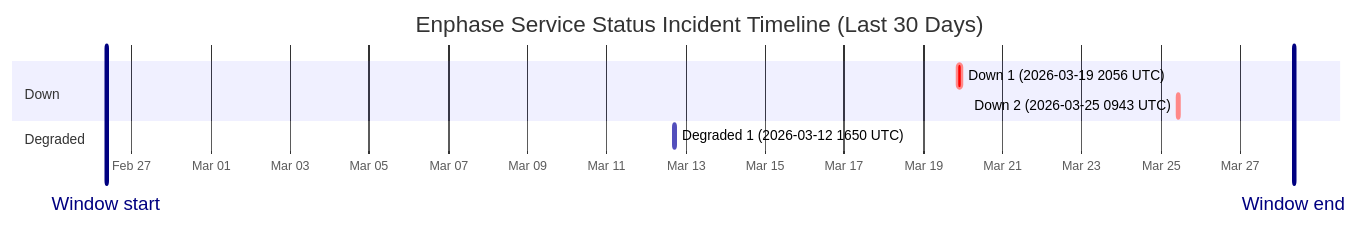
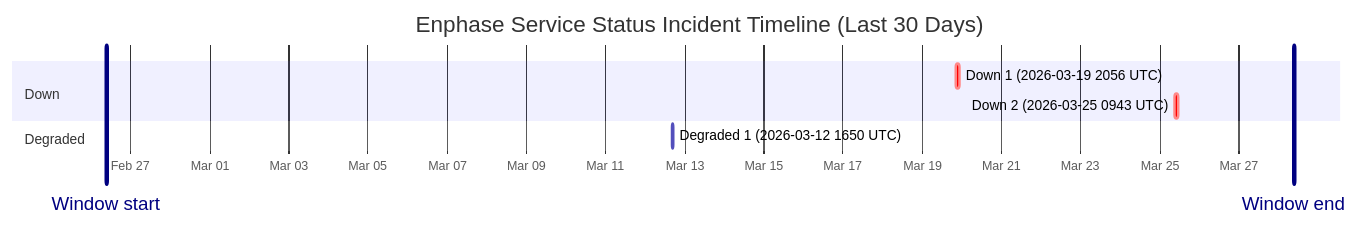
The diagram in wiki/Service-Status-History.md (barneyonline/ha-enphase-ev-charger), drawn with Mermaid before and after one commit. The commit also changed other lines of this file and 3 other files, not shown here.

````diff
--- a/wiki/Service-Status-History.md
+++ b/wiki/Service-Status-History.md
@@ -14,13 +14,13 @@
 ```mermaid
 gantt
     title Enphase Service Status Incident Timeline (Last 30 Days)
     dateFormat  YYYY-MM-DDTHH:mm:ss
     axisFormat  %b %d
-    Window start :vert, window-start, 2026-02-26T08:28:14, 0ms
-    Window end :vert, window-end, 2026-03-28T08:28:14, 0ms
+    Window start :vert, window-start, 2026-02-26T09:27:50, 0ms
+    Window end :vert, window-end, 2026-03-28T09:27:50, 0ms
     section Down
     Down 1 (2026-03-19 2056 UTC) :crit, down-1, 2026-03-19T20:56:20, 145m
     Down 2 (2026-03-25 0943 UTC) :crit, down-2, 2026-03-25T09:43:28, 111m
     section Degraded
     Degraded 1 (2026-03-12 1650 UTC) :active, degraded-1, 2026-03-12T16:50:43, 60m
 ```
````
